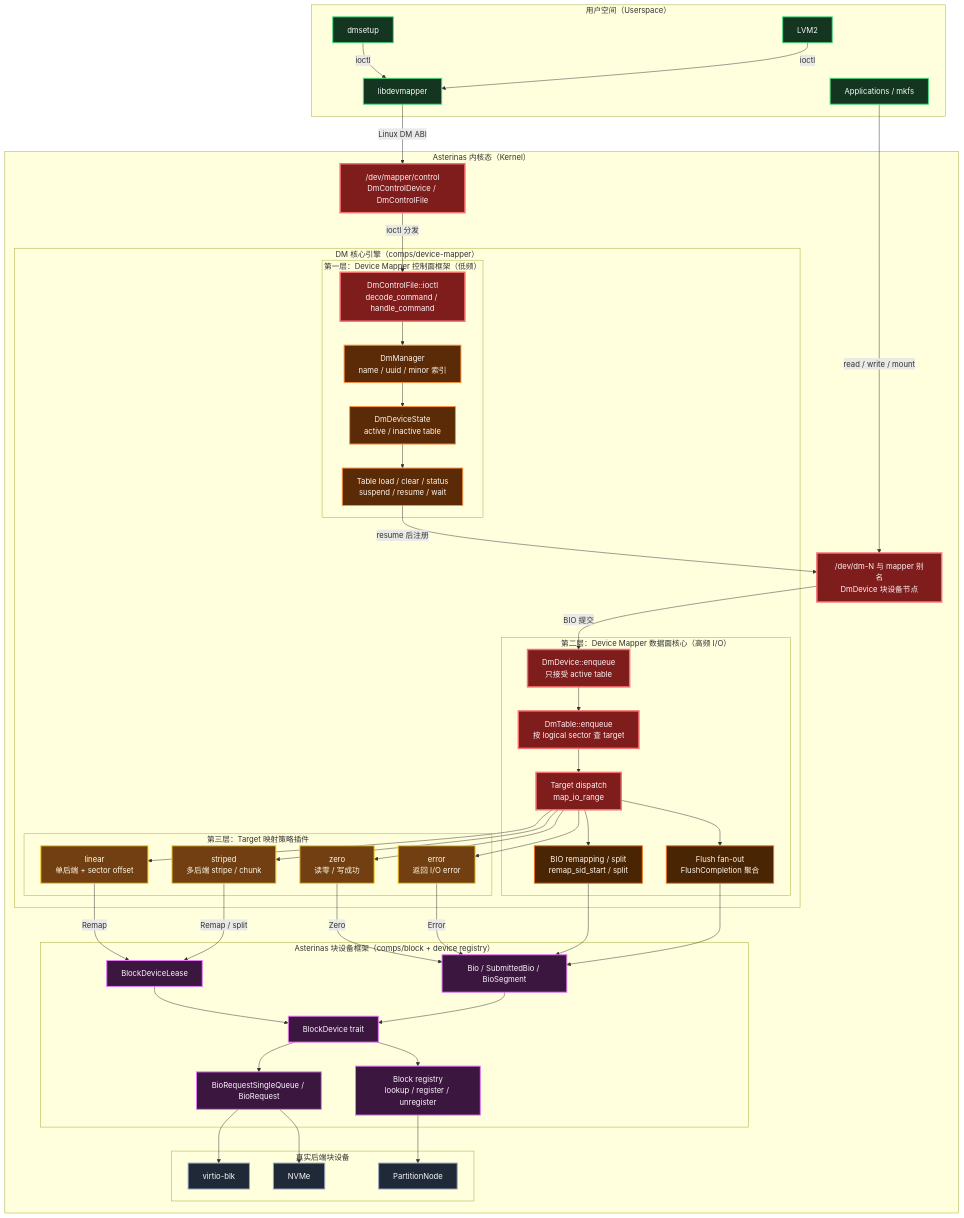
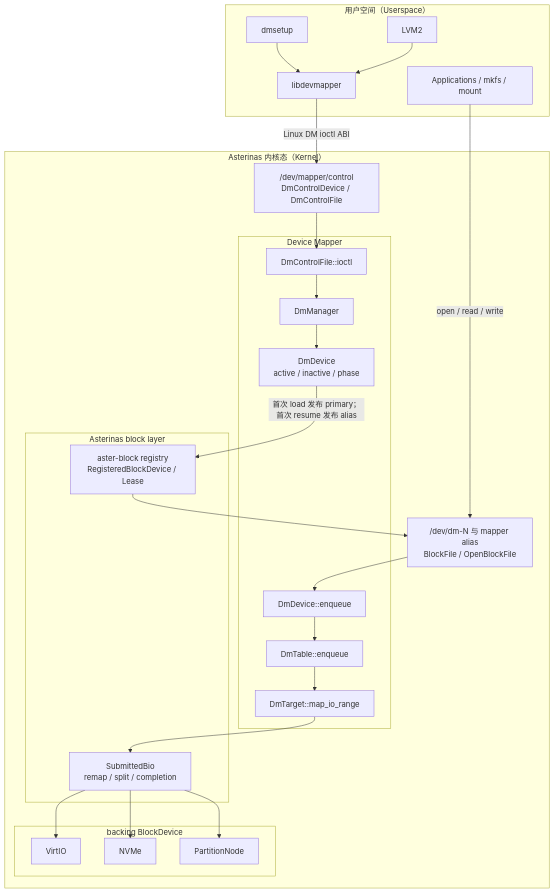
Before and after one commit to wdf121/asterinas: the diagram in docs/study.md, drawn with Mermaid. The commit also changed other lines of this file and 26 other files, not shown here.

First line of the commit message:
整理 Device Mapper 优化与学习记录

````diff
--- a/docs/study.md
+++ b/docs/study.md
@@ -10,103 +739,50 @@
         U1["dmsetup"]
         U2["LVM2"]
         U3["libdevmapper"]
-        U4["Applications / mkfs"]
+        U4["Applications / mkfs / mount"]
     end
 
     subgraph K["Asterinas 内核态（Kernel）"]
         CDEV["/dev/mapper/control<br/>DmControlDevice / DmControlFile"]
-        MDEV["/dev/dm-N 与 mapper 别名<br/>DmDevice 块设备节点"]
+        MDEV["/dev/dm-N 与 mapper alias<br/>BlockFile / OpenBlockFile"]
 
-        subgraph DM["DM 核心引擎（comps/device-mapper）"]
-            subgraph CP["第一层：Device Mapper 控制面框架（低频）"]
-                CP1["DmControlFile::ioctl<br/>decode_command / handle_command"]
-                CP2["DmManager<br/>name / uuid / minor 索引"]
-                CP3["DmDeviceState<br/>active / inactive table"]
-                CP4["Table load / clear / status<br/>suspend / resume / wait"]
-            end
-
-            subgraph DP["第二层：Device Mapper 数据面核心（高频 I/O）"]
-                DP1["DmDevice::enqueue<br/>只接受 active table"]
-                DP2["DmTable::enqueue<br/>按 logical sector 查 target"]
-                DP3["Target dispatch<br/>map_io_range"]
-                DP4["BIO remapping / split<br/>remap_sid_start / split"]
-                DP5["Flush fan-out<br/>FlushCompletion 聚合"]
-            end
-
-            subgraph TG["第三层：Target 映射策略插件"]
-                TG1["linear<br/>单后端 + sector offset"]
-                TG2["striped<br/>多后端 stripe / chunk"]
-                TG3["zero<br/>读零 / 写成功"]
-                TG4["error<br/>返回 I/O error"]
-            end
+        subgraph DM["Device Mapper"]
+            CP1["DmControlFile::ioctl"]
+            CP2["DmManager"]
+            CP3["DmDevice<br/>active / inactive / phase"]
+            DP1["DmDevice::enqueue"]
+            DP2["DmTable::enqueue"]
+            DP3["DmTarget::map_io_range"]
         end
 
-        subgraph BLK["Asterinas 块设备框架（comps/block + device registry）"]
-            B1["BlockDevice trait"]
-            B2["BlockDeviceLease"]
-            B3["Bio / SubmittedBio / BioSegment"]
-            B4["BioRequestSingleQueue / BioRequest"]
-            B5["Block registry<br/>lookup / register / unregister"]
+        subgraph BLK["Asterinas block layer"]
+            BR["aster-block registry<br/>RegisteredBlockDevice / Lease"]
+            BIO["SubmittedBio<br/>remap / split / completion"]
         end
 
-        subgraph BACK["真实后端块设备"]
-            D1["virtio-blk"]
+        subgraph BACK["backing BlockDevice"]
+            D1["VirtIO"]
             D2["NVMe"]
             D3["PartitionNode"]
         end
     end
 
-    U1 -->|"ioctl"| U3
-    U2 -->|"ioctl"| U3
-    U3 -->|"Linux DM ABI"| CDEV
-    U4 -->|"read / write / mount"| MDEV
-
-    CDEV -->|"ioctl 分发"| CP1
+    U1 --> U3
+    U2 --> U3
+    U3 -->|"Linux DM ioctl ABI"| CDEV
+    CDEV --> CP1
     CP1 --> CP2
     CP2 --> CP3
-    CP3 --> CP4
-    CP4 -->|"resume 后注册"| MDEV
 
-    MDEV -->|"BIO 提交"| DP1
+    U4 -->|"open / read / write"| MDEV
+    MDEV --> DP1
     DP1 --> DP2
     DP2 --> DP3
-    DP3 --> DP4
-    DP3 --> DP5
-    DP3 --> TG1
-    DP3 --> TG2
-    DP3 --> TG3
-    DP3 --> TG4
+    DP3 --> BIO
+    BIO --> D1
+    BIO --> D2
+    BIO --> D3
 
-    TG1 -->|"Remap"| B2
-    TG2 -->|"Remap / split"| B2
-    TG3 -->|"Zero"| B3
-    TG4 -->|"Error"| B3
-    DP4 --> B3
-    DP5 --> B3
-
-    B2 --> B1
-    B3 --> B1
-    B1 --> B4
-    B1 --> B5
-    B4 --> D1
-    B4 --> D2
-    B5 --> D3
-
-    classDef userspace fill:#14351f,stroke:#4ade80,stroke-width:2px,color:#f8fafc;
-    classDef entry fill:#12385c,stroke:#60a5fa,stroke-width:2px,color:#f8fafc;
-    classDef control fill:#5b2a06,stroke:#fb923c,stroke-width:2px,color:#fff7ed;
-    classDef dataplane fill:#4a2504,stroke:#f97316,stroke-width:2px,color:#fff7ed;
-    classDef target fill:#713f12,stroke:#facc15,stroke-width:2px,color:#fffbeb;
-    classDef block fill:#3b173f,stroke:#e879f9,stroke-width:2px,color:#fdf4ff;
-    classDef backend fill:#1f2937,stroke:#94a3b8,stroke-width:2px,color:#f8fafc;
-    classDef critical fill:#7f1d1d,stroke:#f87171,stroke-width:3px,color:#fff1f2;
-
-    class U1,U2,U3,U4 userspace;
-    class CDEV,MDEV entry;
-    class CP1,CP2,CP3,CP4 control;
-    class DP1,DP2,DP3,DP4,DP5 dataplane;
-    class TG1,TG2,TG3,TG4 target;
-    class B1,B2,B3,B4,B5 block;
-    class D1,D2,D3 backend;
-    class CDEV,MDEV,CP1,DP1,DP2,DP3 critical;
+    CP3 -->|"首次 load 发布 primary；首次 resume 发布 alias"| BR
+    BR --> MDEV
 ```
````
